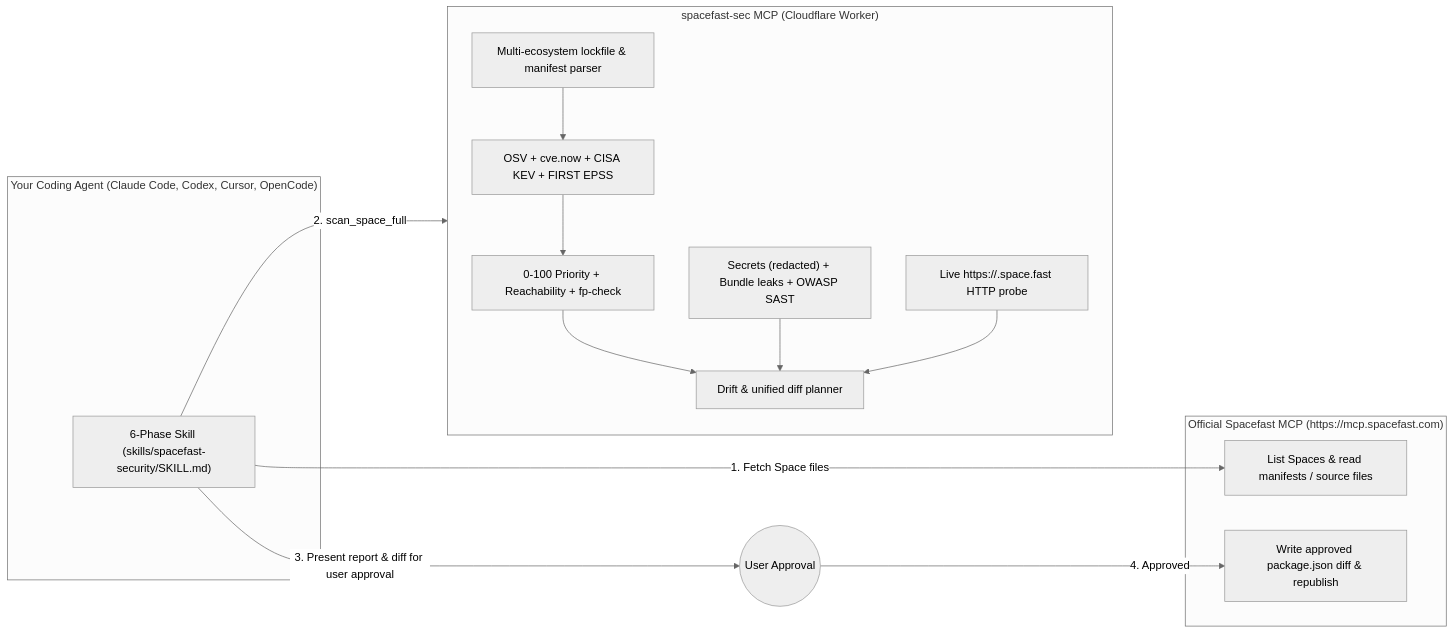
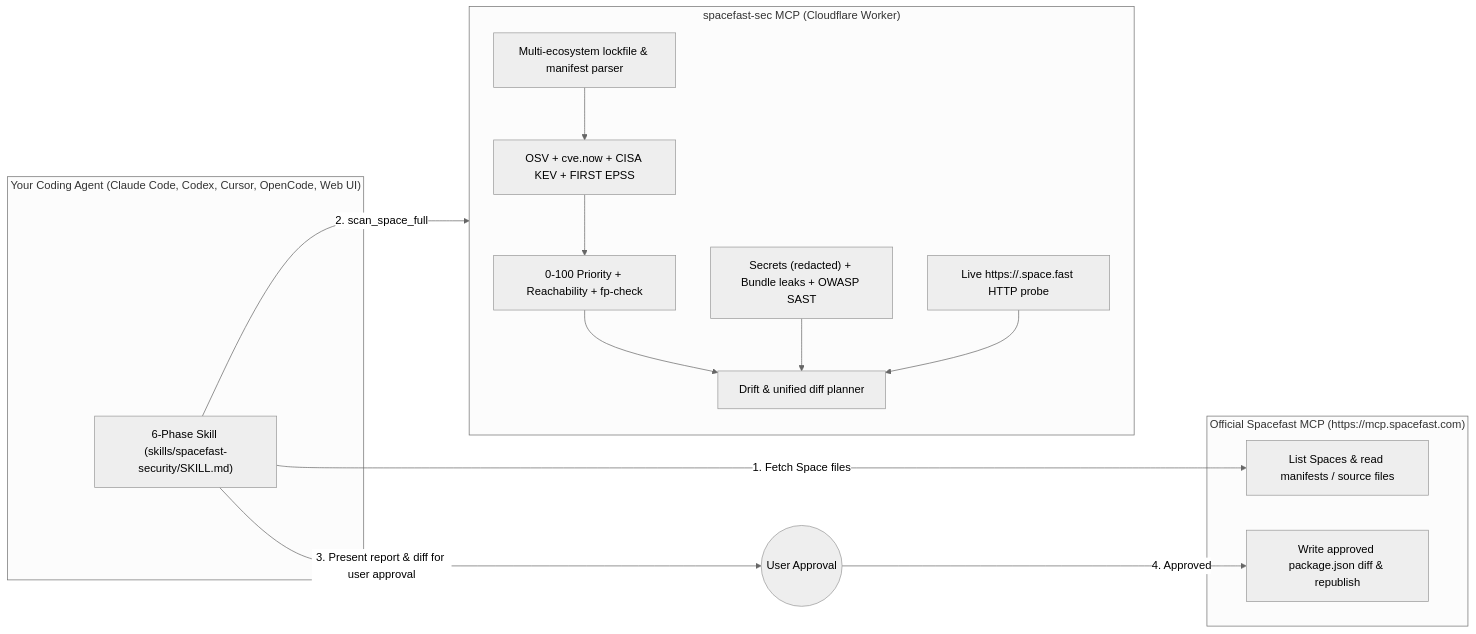
The diagram in README.md (umitaltinozzz/spacefast-sec), drawn with Mermaid (neutral theme) before and after one commit. The commit also changed other lines of this file and 22 other files, not shown here.

Commit message:
feat(plugin): add multi-agent plugin manifests (.claude-plugin, .codex-plugin, .cursor-plugin, .antigravity-plugin) and SecMon logos

````diff
--- a/README.md
+++ b/README.md
@@ -30,28 +85,28 @@
 ```mermaid
 flowchart LR
-  subgraph Agent["Your Coding Agent (Claude Code, Codex, Cursor, OpenCode)"]
+  subgraph Agent["Your Coding Agent (Claude Code, Codex, Cursor, OpenCode, Web UI)"]
     Skill["6-Phase Skill (skills/spacefast-security/SKILL.md)"]
   end
 
   subgraph Spacefast["Official Spacefast MCP (https://mcp.spacefast.com)"]
     SFRead["List Spaces & read manifests / source files"]
     SFWrite["Write approved package.json diff & republish"]
   end
 
   subgraph SecMonWorker["spacefast-sec MCP (Cloudflare Worker)"]
     Inv["Multi-ecosystem lockfile & manifest parser"]
     Adv["OSV + cve.now + CISA KEV + FIRST EPSS"]
     Prio["0-100 Priority + Reachability + fp-check"]
     SAST["Secrets (redacted) + Bundle leaks + OWASP SAST"]
     Probe["Live https://<name>.space.fast HTTP probe"]
     Diff["Drift & unified diff planner"]
   end
 
   Skill -->|"1. Fetch Space files"| SFRead
   Skill -->|"2. scan_space_full"| SecMonWorker
   Inv --> Adv --> Prio --> Diff
   SAST --> Diff
   Probe --> Diff
   Skill -->|"3. Present report & diff for user approval"| User(("User Approval"))
   User -->|"4. Approved"| SFWrite
 ```
````
